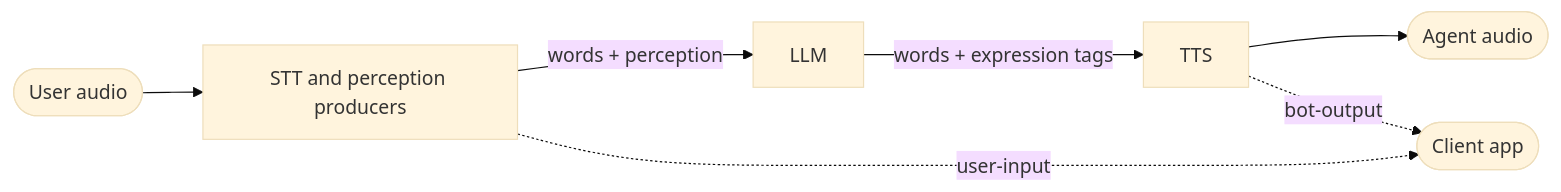
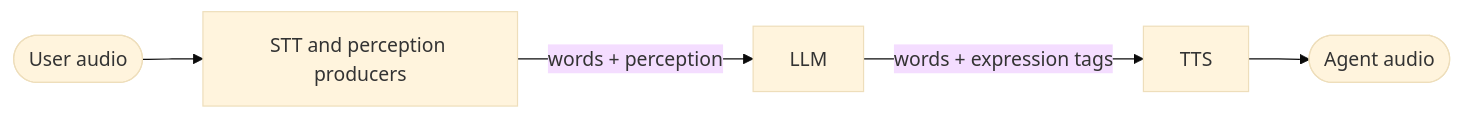
One commit to pipecat-ai/docs changed the diagram in api-reference/standards/real-time-context-standard.mdx. Above: the diagram before and after it, drawn with Mermaid (base theme). The commit also changed other lines of this file and 2 other files, not shown here.

````diff
--- a/api-reference/standards/real-time-context-standard.mdx
+++ b/api-reference/standards/real-time-context-standard.mdx
@@ -32,9 +34,7 @@
 ```mermaid
 flowchart LR
     U([User audio]) --> STT[STT and perception producers]
     STT -- "words + perception" --> LLM[LLM]
     LLM -- "words + expression tags" --> TTS[TTS]
     TTS --> A([Agent audio])
-    STT -. "user-input" .-> C([Client app])
-    TTS -. "bot-output" .-> C
 ```
````
